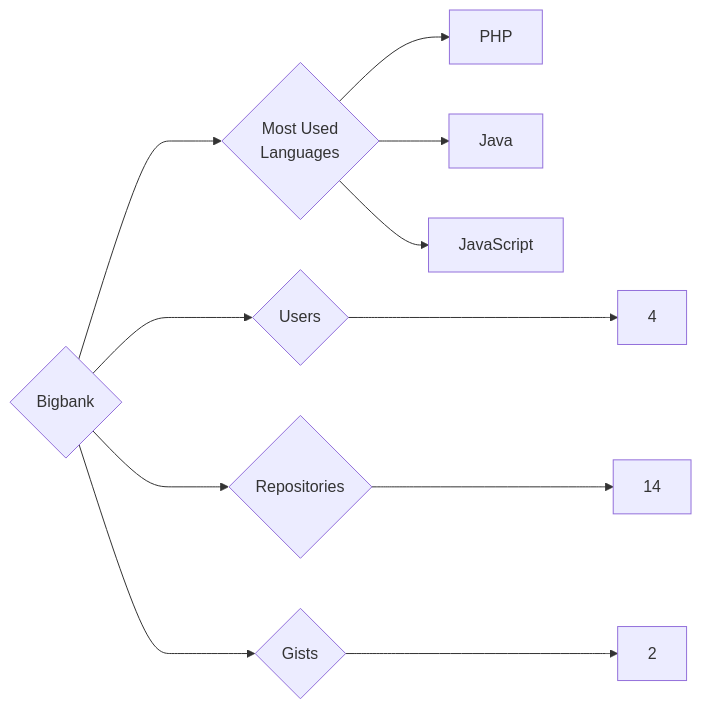
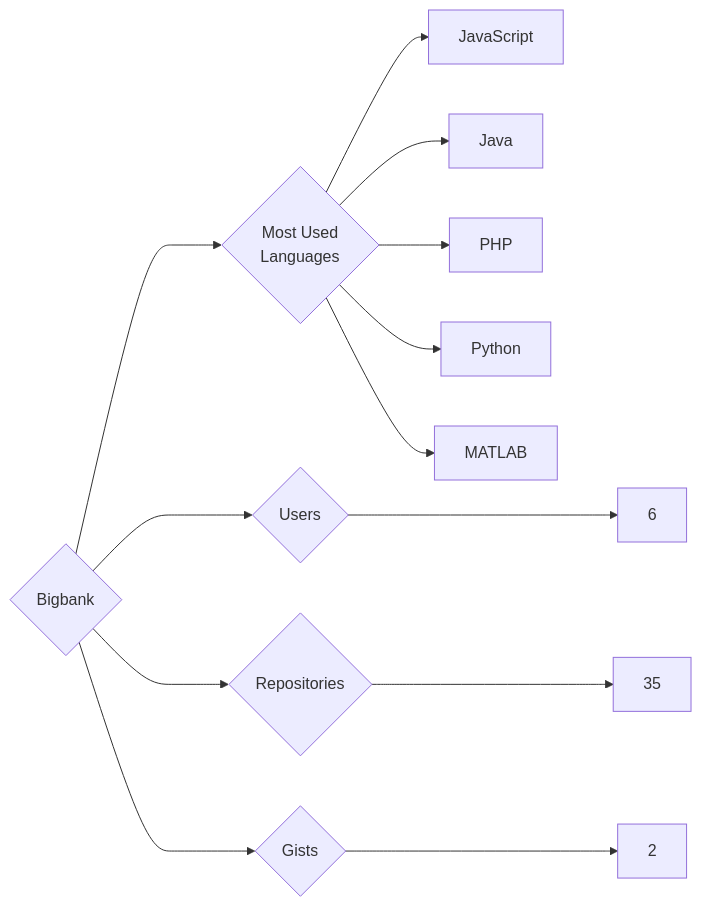
One commit to trickest/insiders changed the diagram in targets/Bigbank/README.md. Above: the diagram before and after it, drawn with Mermaid. The commit also changed 1055 other files, not shown here.

````diff
--- a/targets/Bigbank/README.md
+++ b/targets/Bigbank/README.md
@@ -3,11 +3,13 @@
 ```mermaid
 graph LR
 COMPANY_NAME{Bigbank}
-COMPANY_NAME ---> U{Users} ---> UN[4]
-COMPANY_NAME ---> R{Repositories} ---> RN[14]
+COMPANY_NAME ---> U{Users} ---> UN[6]
+COMPANY_NAME ---> R{Repositories} ---> RN[35]
 COMPANY_NAME ---> G{Gists} ---> GN[2]
 COMPANY_NAME ---> ML{Most Used<br>Languages}
+ML --> JavaScript[JavaScript]
+ML --> Java[Java]
 ML --> PHP[PHP]
-ML --> Java[Java]
-ML --> JavaScript[JavaScript]
+ML --> Python[Python]
+ML --> MATLAB[MATLAB]
 ```
````
